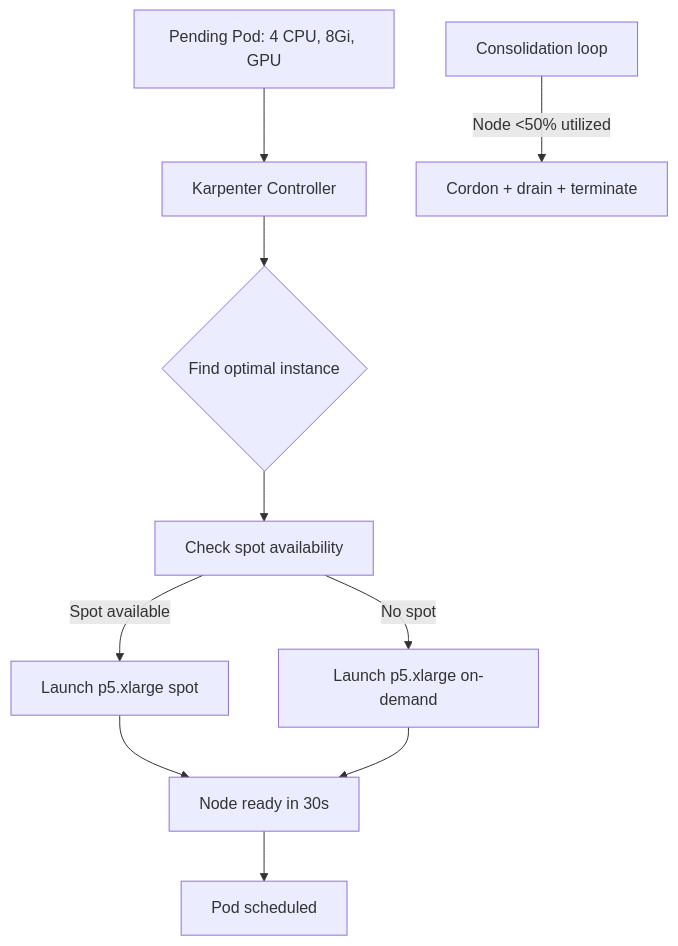
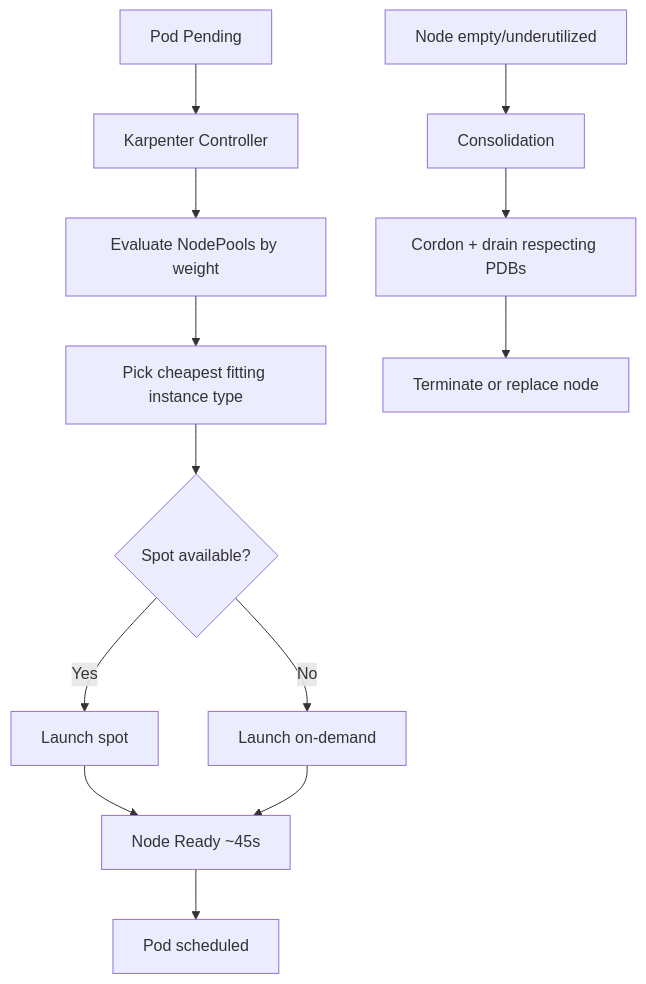
The diagram in src/content/recipes/karpenter-node-autoscaling.md (greg4fun/kubernetesrecipes.github.io), drawn with Mermaid before and after one commit. The commit also changed other lines of this file and 403 other files, not shown here.

````diff
--- a/src/content/recipes/karpenter-node-autoscaling.md
+++ b/src/content/recipes/karpenter-node-autoscaling.md
@@ -137,12 +266,15 @@
 ```mermaid
 graph TD
-    A[Pending Pod: 4 CPU, 8Gi, GPU] --> B[Karpenter Controller]
-    B --> C{Find optimal instance}
-    C --> D[Check spot availability]
-    D -->|Spot available| E[Launch p5.xlarge spot]
-    D -->|No spot| F[Launch p5.xlarge on-demand]
-    E --> G[Node ready in 30s]
-    F --> G
-    G --> H[Pod scheduled]
-    I[Consolidation loop] -->|Node <50% utilized| J[Cordon + drain + terminate]
+    A[Pod Pending] --> B[Karpenter Controller]
+    B --> C[Evaluate NodePools by weight]
+    C --> D[Pick cheapest fitting instance type]
+    D --> E{Spot available?}
+    E -->|Yes| F[Launch spot]
+    E -->|No| G[Launch on-demand]
+    F --> H[Node Ready ~45s]
+    G --> H
+    H --> I[Pod scheduled]
+    J[Node empty/underutilized] --> K[Consolidation]
+    K --> L[Cordon + drain respecting PDBs]
+    L --> M[Terminate or replace node]
 ```
````
